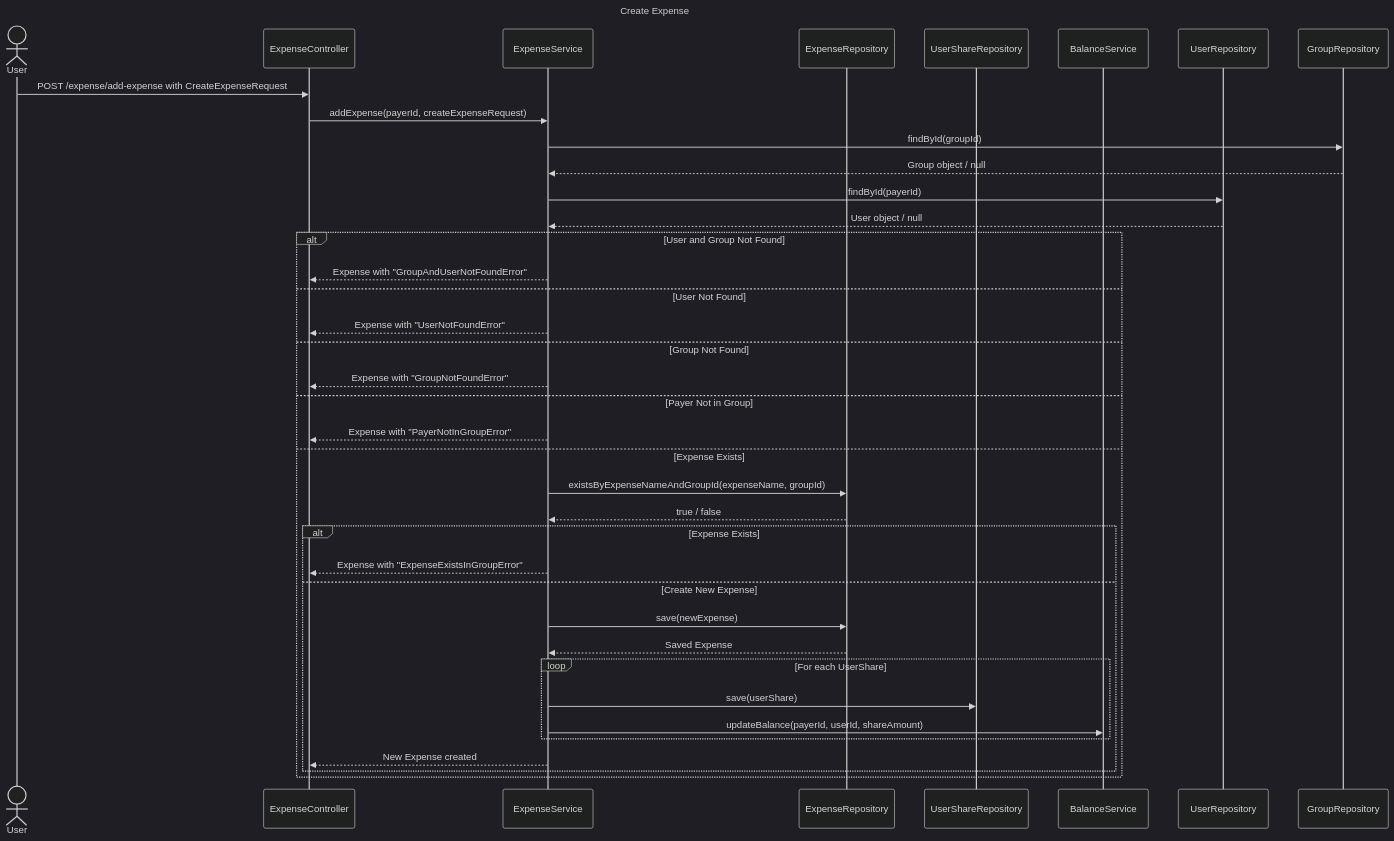
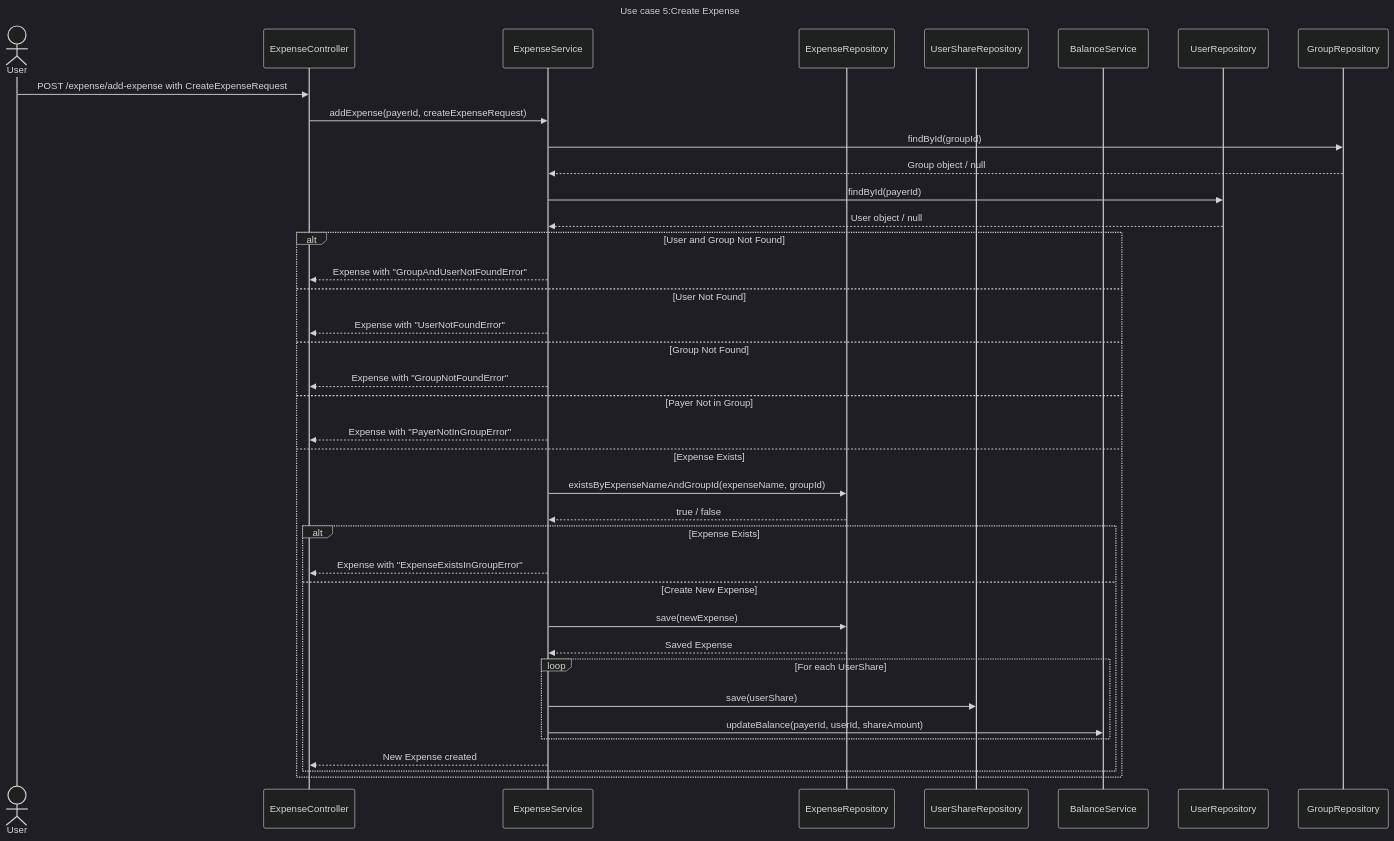
The diagram in ArchitectureDiagrams/SequenceDiagrams/sequenceDiagram5.mmd (UniOfGreenwich/elee1149-coursework--team-chlk), drawn with Mermaid (dark theme) before and after one commit. The commit also changed 2 other files, not shown here.

```diff
--- a/ArchitectureDiagrams/SequenceDiagrams/sequenceDiagram5.mmd
+++ b/ArchitectureDiagrams/SequenceDiagrams/sequenceDiagram5.mmd
@@ -1,41 +1,45 @@
+---
+## Sequence Diagram for user case 5
+---
+
 sequenceDiagram
-    title Create Expense
+    title Use case 5:Create Expense
     actor User
     participant ExpenseController
     participant ExpenseService
     participant ExpenseRepository
     participant UserShareRepository
     participant BalanceService
     participant UserRepository
     participant GroupRepository
 
     User->>ExpenseController: POST /expense/add-expense with CreateExpenseRequest
     ExpenseController->>ExpenseService: addExpense(payerId, createExpenseRequest)
     ExpenseService->>GroupRepository: findById(groupId)
     GroupRepository-->>ExpenseService: Group object / null
     ExpenseService->>UserRepository: findById(payerId)
     UserRepository-->>ExpenseService: User object / null
 
     alt User and Group Not Found
         ExpenseService-->>ExpenseController: Expense with "GroupAndUserNotFoundError"
     else User Not Found
         ExpenseService-->>ExpenseController: Expense with "UserNotFoundError"
     else Group Not Found
         ExpenseService-->>ExpenseController: Expense with "GroupNotFoundError"
     else Payer Not in Group
         ExpenseService-->>ExpenseController: Expense with "PayerNotInGroupError"
     else Expense Exists
         ExpenseService->>ExpenseRepository: existsByExpenseNameAndGroupId(expenseName, groupId)
         ExpenseRepository-->>ExpenseService: true / false
         alt Expense Exists
             ExpenseService-->>ExpenseController: Expense with "ExpenseExistsInGroupError"
         else Create New Expense
             ExpenseService->>ExpenseRepository: save(newExpense)
             ExpenseRepository-->>ExpenseService: Saved Expense
             loop For each UserShare
                 ExpenseService->>UserShareRepository: save(userShare)
                 ExpenseService->>BalanceService: updateBalance(payerId, userId, shareAmount)
             end
             ExpenseService-->>ExpenseController: New Expense created
         end
     end
```
